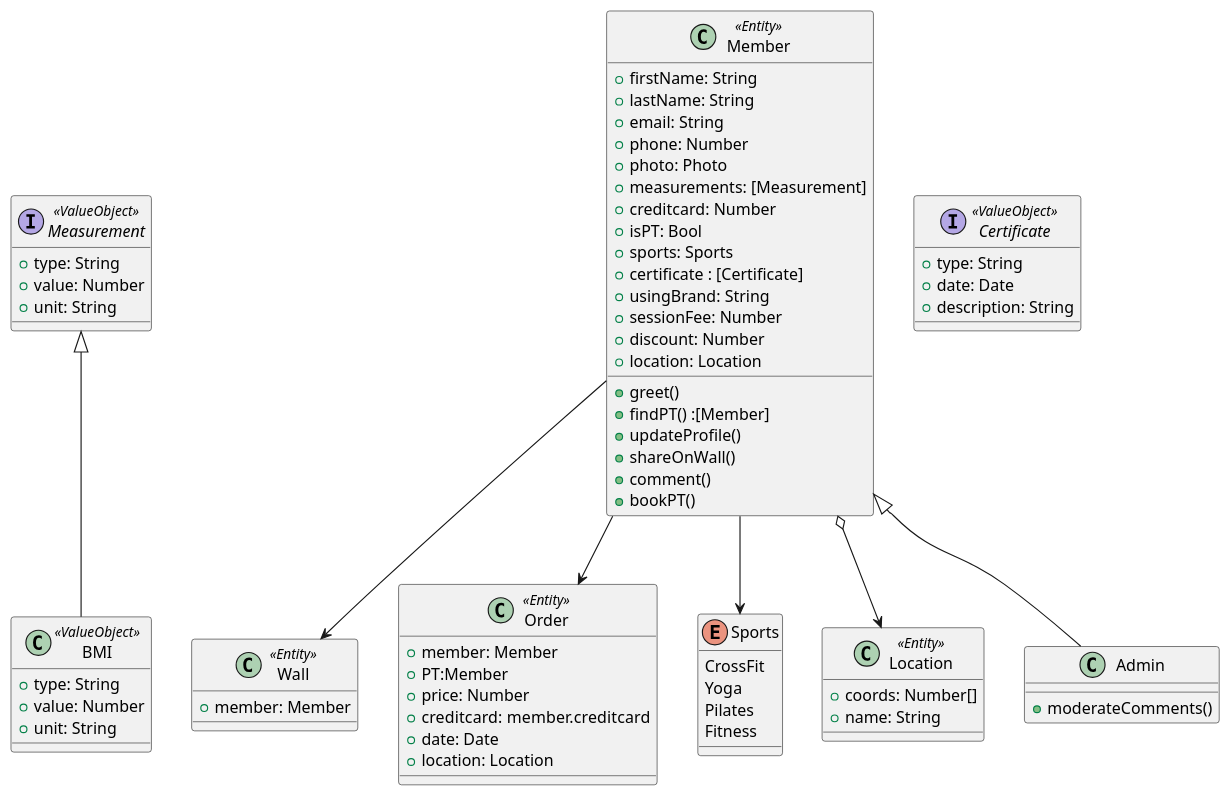
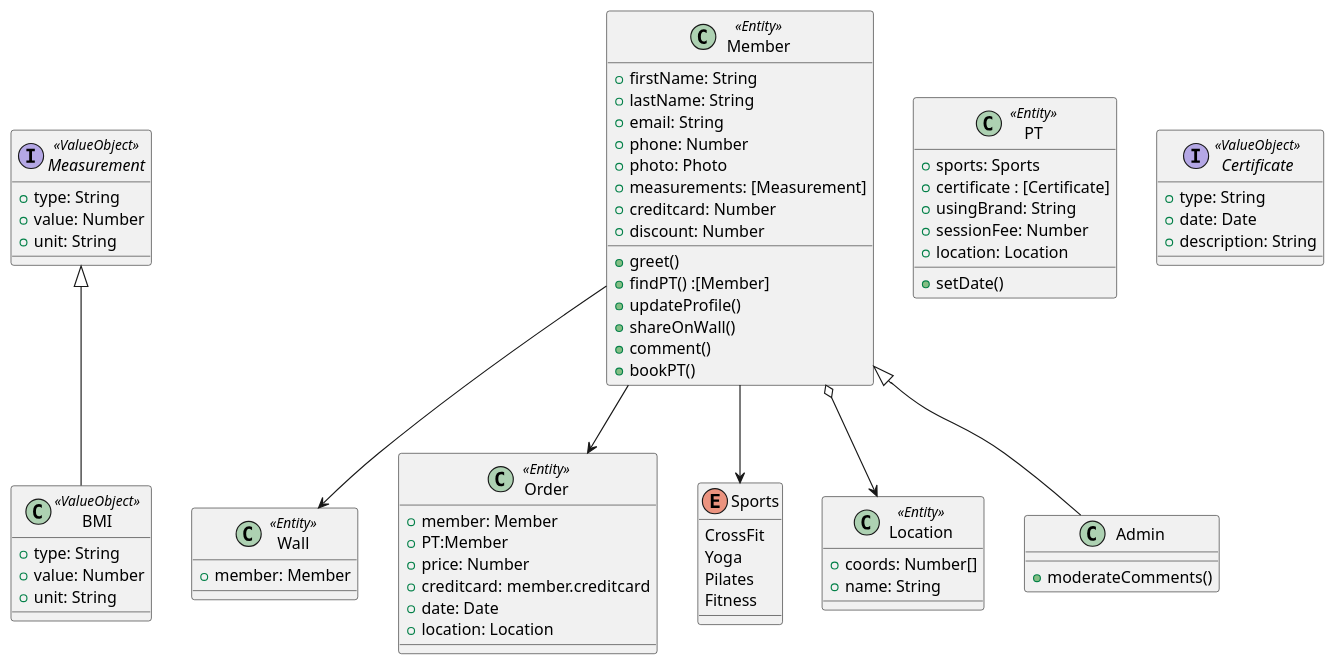
One commit to aykutmayali/js-nimble changed the diagram in class-diagram.puml. Above: the diagram before and after it, drawn with PlantUML. The commit also changed 1 other file, not shown here.

Commit message:
index and class diagram updated

```diff
--- a/class-diagram.puml
+++ b/class-diagram.puml
@@ -1,77 +1,78 @@
 @startuml "Class Diagram"
 class Member <<Entity>>{
     +firstName: String
     +lastName: String
     +email: String
     +phone: Number
     +photo: Photo
     +measurements: [Measurement]
-    +creditcard: Number
-    +isPT: Bool
-    +sports: Sports
-    +certificate : [Certificate]
-    +usingBrand: String
-    +sessionFee: Number
+    +creditcard: Number   
     +discount: Number
-    +location: Location
-
     +greet() 
     +findPT() :[Member]
     +updateProfile()  
     +shareOnWall()
     +comment()    
-    +bookPT()
-    
+    +bookPT()    
 }
+class PT<<Entity>>{
+    +sports: Sports
+    +certificate : [Certificate]
+    +usingBrand: String
+    +sessionFee: Number
+    +location: Location
+    +setDate()
+}
+
 class Wall<<Entity>>{
     +member: Member
 }
 class Order<<Entity>>{
     +member: Member
     +PT:Member
     +price: Number
     +creditcard: member.creditcard
     +date: Date
     +location: Location
 }
 interface Measurement <<ValueObject>>{
     +type: String
     +value: Number
     +unit: String
 }
 class BMI <<ValueObject>> {
     +type: String
     +value: Number
     +unit: String
 }
 
 interface Certificate <<ValueObject>>{
     +type: String
     +date: Date 
     +description: String 
 }
 
 enum Sports{
     CrossFit
     Yoga
     Pilates
     Fitness
 }
 
 class Location<<Entity>> {
     +coords: Number[]
     +name: String
 }
 
 class Admin {
     +moderateComments()
 }
 
 Admin -up-|> Member
 BMI -up-|> Measurement
 Member o--> Location
 Member --> Sports
 Member --> Wall
 Member -->Order
 
 @enduml
```
